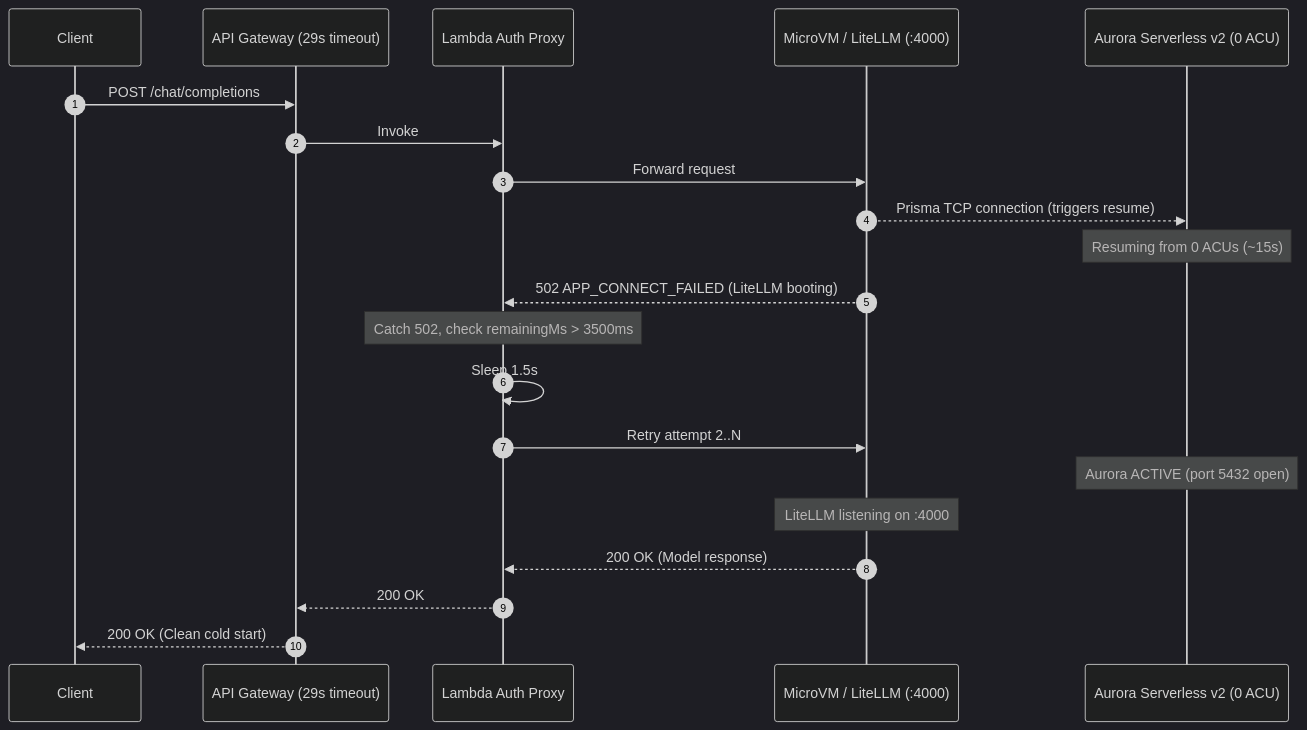
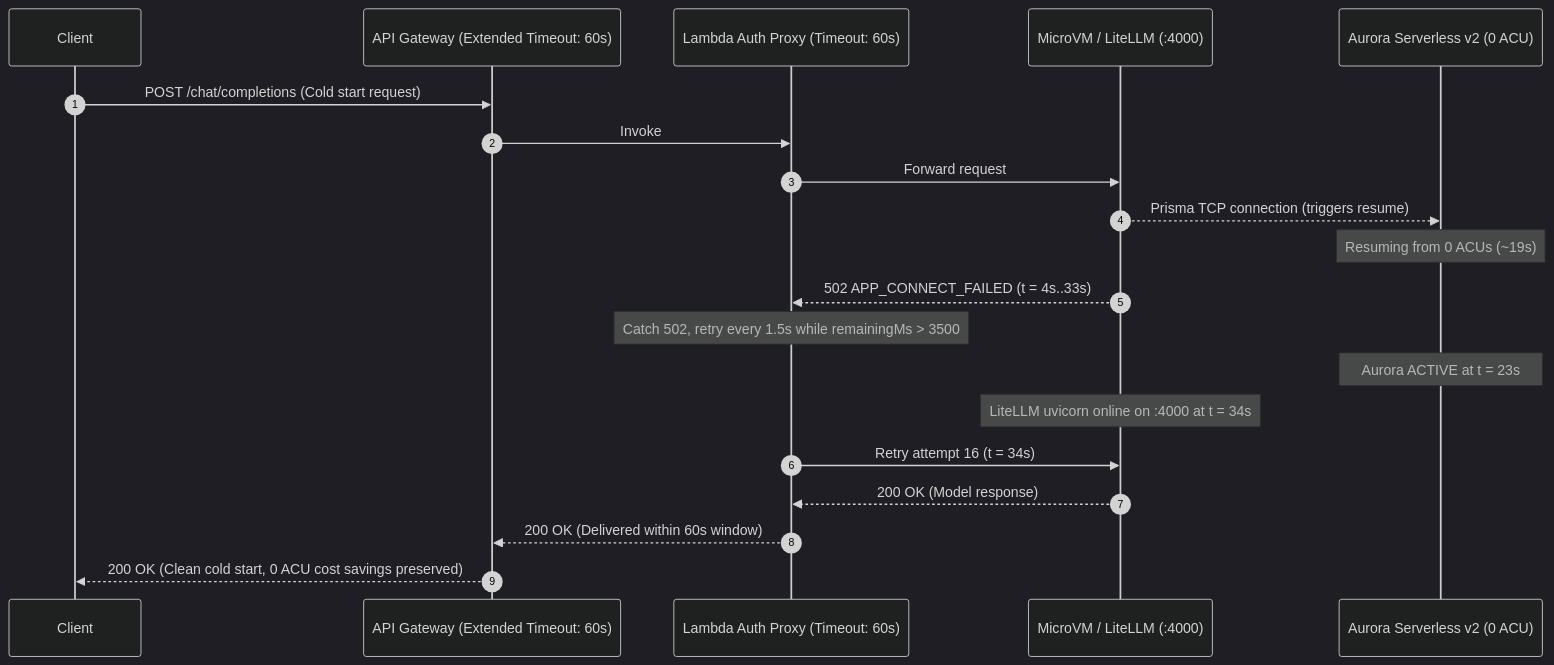
Before and after one commit to wongcyrus/litellm-aws-lambda-microvm-serverless: the fourth of 5 diagrams in docs/cdk-design.md, drawn with Mermaid (dark theme). The commit also changed other lines of this file and 4 other files, not shown here.

Commit message:
Enhance documentation on cold-start handling, client retry configurations, and update health check scripts to support retries for improved resilience during cold starts.

````diff
--- a/docs/cdk-design.md
+++ b/docs/cdk-design.md
@@ -245,24 +252,23 @@
 ```mermaid
 sequenceDiagram
   autonumber
   participant Client
-  participant APIGW as API Gateway (29s timeout)
-  participant Proxy as Lambda Auth Proxy
+  participant APIGW as API Gateway (Extended Timeout: 60s)
+  participant Proxy as Lambda Auth Proxy (Timeout: 60s)
   participant MicroVM as MicroVM / LiteLLM (:4000)
   participant Aurora as Aurora Serverless v2 (0 ACU)
 
-  Client->>APIGW: POST /chat/completions
+  Client->>APIGW: POST /chat/completions (Cold start request)
   APIGW->>Proxy: Invoke
   Proxy->>MicroVM: Forward request
   MicroVM-->>Aurora: Prisma TCP connection (triggers resume)
-  Note over Aurora: Resuming from 0 ACUs (~15s)
-  MicroVM-->>Proxy: 502 APP_CONNECT_FAILED (LiteLLM booting)
-  Note over Proxy: Catch 502, check remainingMs > 3500ms
-  Proxy->>Proxy: Sleep 1.5s
-  Proxy->>MicroVM: Retry attempt 2..N
-  Note over Aurora: Aurora ACTIVE (port 5432 open)
-  Note over MicroVM: LiteLLM listening on :4000
+  Note over Aurora: Resuming from 0 ACUs (~19s)
+  MicroVM-->>Proxy: 502 APP_CONNECT_FAILED (t = 4s..33s)
+  Note over Proxy: Catch 502, retry every 1.5s while remainingMs > 3500
+  Note over Aurora: Aurora ACTIVE at t = 23s
+  Note over MicroVM: LiteLLM uvicorn online on :4000 at t = 34s
+  Proxy->>MicroVM: Retry attempt 16 (t = 34s)
   MicroVM-->>Proxy: 200 OK (Model response)
-  Proxy-->>APIGW: 200 OK
-  APIGW-->>Client: 200 OK (Clean cold start)
+  Proxy-->>APIGW: 200 OK (Delivered within 60s window)
+  APIGW-->>Client: 200 OK (Clean cold start, 0 ACU cost savings preserved)
 ```
````
